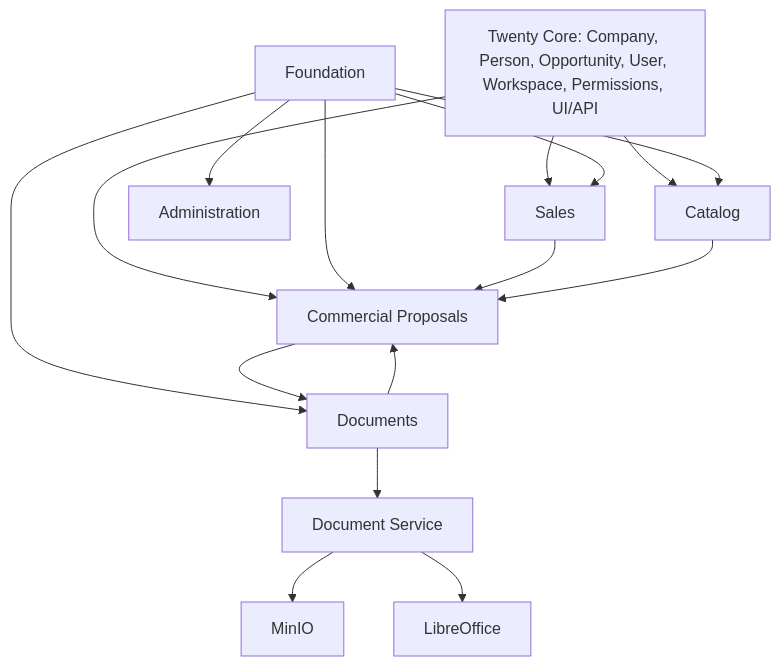
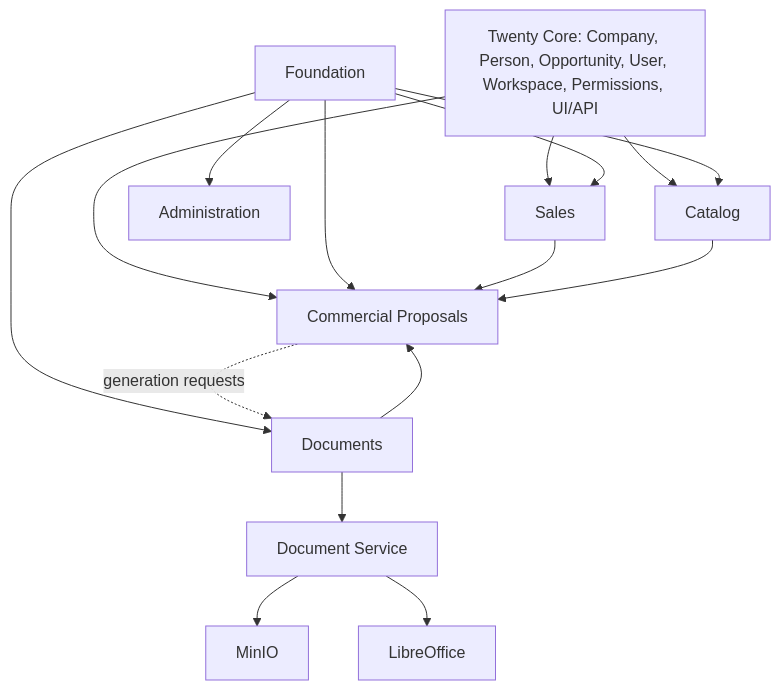
The diagram in docs/architecture/context-map.md (RandRusName/TwentyBusinessKit), drawn with Mermaid before and after one commit. The commit also changed 28 other files, not shown here.

````diff
--- a/docs/architecture/context-map.md
+++ b/docs/architecture/context-map.md
@@ -3,29 +3,29 @@
 ```mermaid
 flowchart TB
   Core["Twenty Core: Company, Person, Opportunity, User, Workspace, Permissions, UI/API"]
   Sales["Sales"]
   Catalog["Catalog"]
   Proposals["Commercial Proposals"]
   Documents["Documents"]
   Admin["Administration"]
   Foundation["Foundation"]
   Worker["Document Service"]
   Storage["MinIO"]
   Pdf["LibreOffice"]
 
   Core --> Sales
   Core --> Proposals
   Core --> Catalog
   Foundation --> Sales
   Foundation --> Catalog
   Foundation --> Documents
   Foundation --> Proposals
   Foundation --> Admin
   Sales --> Proposals
   Catalog --> Proposals
   Documents --> Proposals
-  Proposals --> Documents
+  Proposals -.->|generation requests| Documents
   Documents --> Worker
   Worker --> Storage
   Worker --> Pdf
 ```
````
